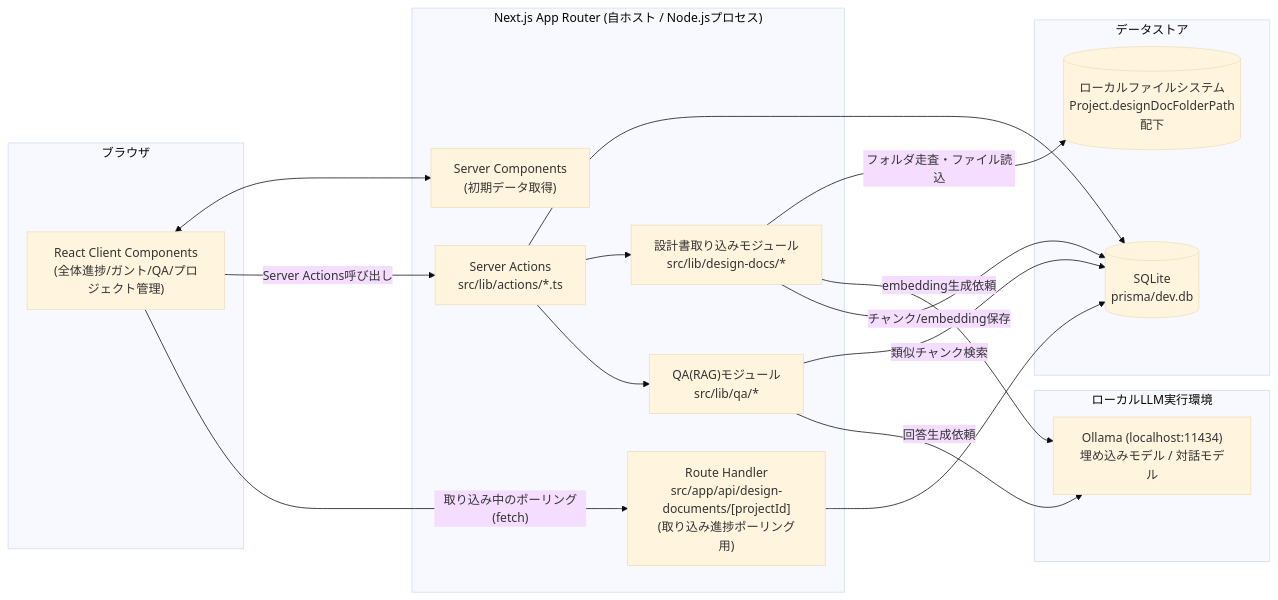
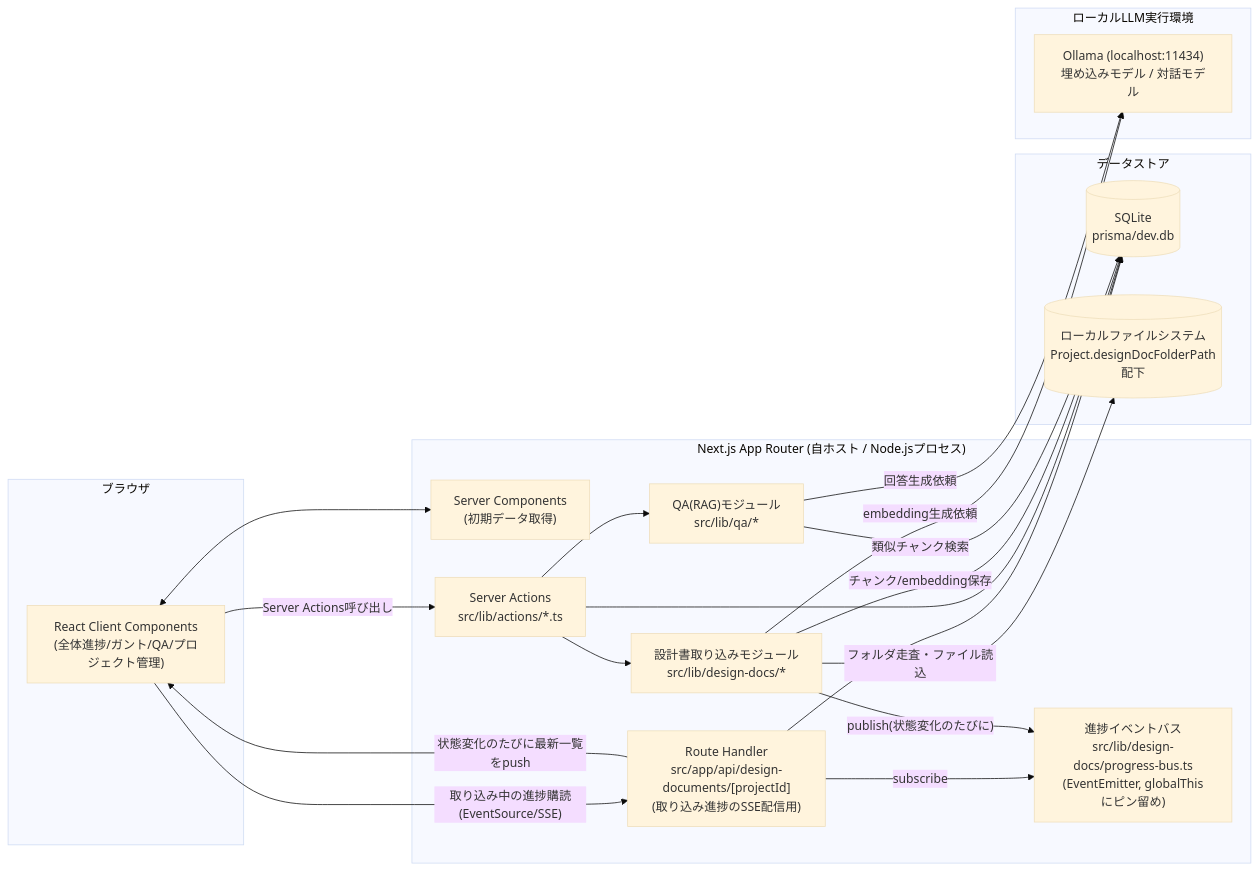
One commit to saiteki2609et/TaskManagement changed the first of 5 diagrams in docs/進捗ダッシュボード/基本設計書.md. Above: the diagram before and after it, drawn with Mermaid (base theme). The commit also changed other lines of this file and 3 other files, not shown here.

````diff
--- a/docs/進捗ダッシュボード/基本設計書.md
+++ b/docs/進捗ダッシュボード/基本設計書.md
@@ -24,36 +24,40 @@
 ```mermaid
 flowchart LR
     subgraph Browser["ブラウザ"]
         UI["React Client Components\n(全体進捗/ガント/QA/プロジェクト管理)"]
     end
 
     subgraph NextServer["Next.js App Router (自ホスト / Node.jsプロセス)"]
         RSC["Server Components\n(初期データ取得)"]
         SA["Server Actions\nsrc/lib/actions/*.ts"]
-        RH["Route Handler\nsrc/app/api/design-documents/[projectId]\n(取り込み進捗ポーリング用)"]
+        RH["Route Handler\nsrc/app/api/design-documents/[projectId]\n(取り込み進捗のSSE配信用)"]
+        PB["進捗イベントバス\nsrc/lib/design-docs/progress-bus.ts\n(EventEmitter, globalThisにピン留め)"]
         ING["設計書取り込みモジュール\nsrc/lib/design-docs/*"]
         RAG["QA(RAG)モジュール\nsrc/lib/qa/*"]
     end
 
     subgraph Data["データストア"]
         DB[("SQLite\nprisma/dev.db")]
         FS[("ローカルファイルシステム\nProject.designDocFolderPath配下")]
     end
 
     subgraph LLM["ローカルLLM実行環境"]
         OLLAMA["Ollama (localhost:11434)\n埋め込みモデル / 対話モデル"]
     end
 
     UI <--> RSC
     UI -- "Server Actions呼び出し" --> SA
-    UI -- "取り込み中のポーリング(fetch)" --> RH
+    UI -- "取り込み中の進捗購読(EventSource/SSE)" --> RH
+    RH -- "状態変化のたびに最新一覧をpush" --> UI
+    RH -- "subscribe" --> PB
     RH --> DB
     SA --> DB
     SA --> ING
     SA --> RAG
+    ING -- "publish(状態変化のたびに)" --> PB
     ING -- "フォルダ走査・ファイル読込" --> FS
     ING -- "embedding生成依頼" --> OLLAMA
     ING -- "チャンク/embedding保存" --> DB
     RAG -- "類似チャンク検索" --> DB
     RAG -- "回答生成依頼" --> OLLAMA
 ```
````
